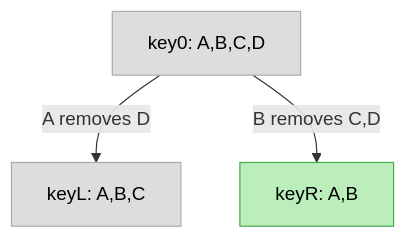
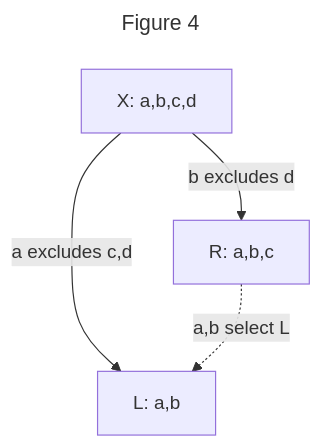
One commit to ssbc/ssb-group-exclusion-spec changed the fourth of 8 diagrams in README.md. Above: the diagram before and after it, drawn with Mermaid. The commit also changed other lines of this file, not shown here.

````diff
--- a/README.md
+++ b/README.md
@@ -243,10 +241,10 @@
 ```mermaid
+---
+title: Figure 4
+---
 graph TB;
-  zero[key0: A,B,C,D]
-  zero--"A removes D"-->L[keyL: A,B,C]
-  zero--"B removes C,D"-->R[keyR: A,B]
-  class R winner;
-
-classDef default fill:#ddd,stroke:#aaa,color:#000;
-classDef winner fill:#beb,stroke:#4a4,color:#000;
+  zero[X: a,b,c,d]
+  zero--"a excludes c,d"-->L[L: a,b]
+  zero--"b excludes d"-->R[R: a,b,c]
+  R-. a,b select L .->L
 ```
````
